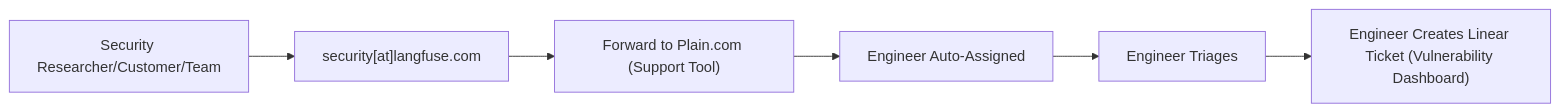
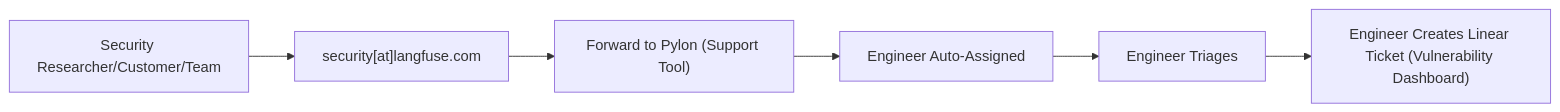
The first of 2 diagrams in content/handbook/product-engineering/playbooks/vulnerability-handling.mdx (langfuse/langfuse-docs), drawn with Mermaid before and after one commit. The commit also changed other lines of this file and 21 other files, not shown here.

````diff
--- a/content/handbook/product-engineering/playbooks/vulnerability-handling.mdx
+++ b/content/handbook/product-engineering/playbooks/vulnerability-handling.mdx
@@ -14,8 +14,8 @@
 ```mermaid
 flowchart LR
     Reporter["Security Researcher/Customer/Team"] --> Email["security[at]langfuse.com"]
-    Email --> Forward["Forward to Plain.com (Support Tool)"]
+    Email --> Forward["Forward to Pylon (Support Tool)"]
     Forward --> AutoAssign["Engineer Auto-Assigned"]
     AutoAssign --> Triage["Engineer Triages"]
     Triage --> Linear["Engineer Creates Linear Ticket (Vulnerability Dashboard)"]
 ```
````
